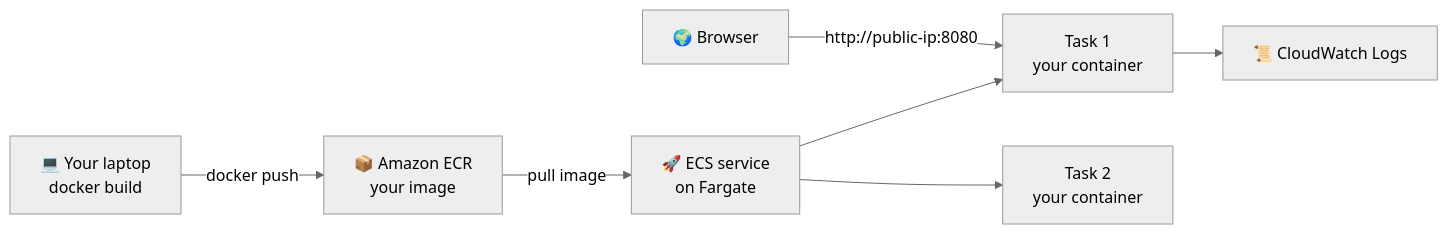
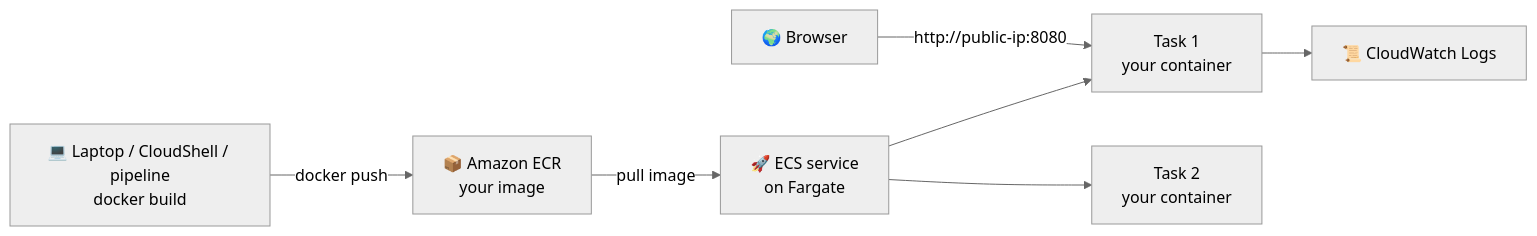
Before and after one commit to cloudadhar/from-code-to-cloud: the diagram in README.md, drawn with Mermaid (neutral theme). The commit also changed other lines of this file and 2 other files, not shown here.

Commit message:
README: three build paths (laptop, CloudShell, pipeline), IAM roles and policies, detailed ECR and Console steps from the practice run

````diff
--- a/README.md
+++ b/README.md
@@ -37,9 +40,9 @@
 ```mermaid
 flowchart LR
-    C[💻 Your laptop<br/>docker build] -->|docker push| R[📦 Amazon ECR<br/>your image]
+    C[💻 Laptop / CloudShell / pipeline<br/>docker build] -->|docker push| R[📦 Amazon ECR<br/>your image]
     R -->|pull image| S[🚀 ECS service<br/>on Fargate]
     S --> T1[Task 1<br/>your container]
     S --> T2[Task 2<br/>your container]
     U[🌍 Browser] -->|http://public-ip:8080| T1
     T1 --> L[📜 CloudWatch Logs]
 ```
````
